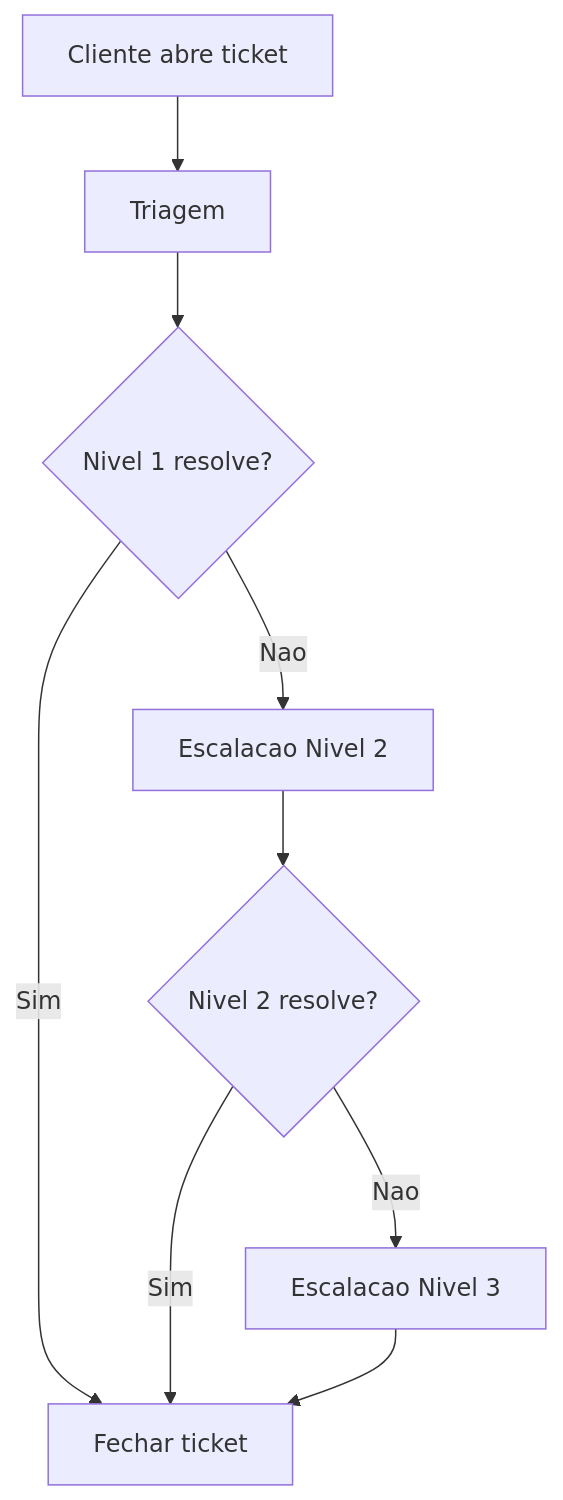
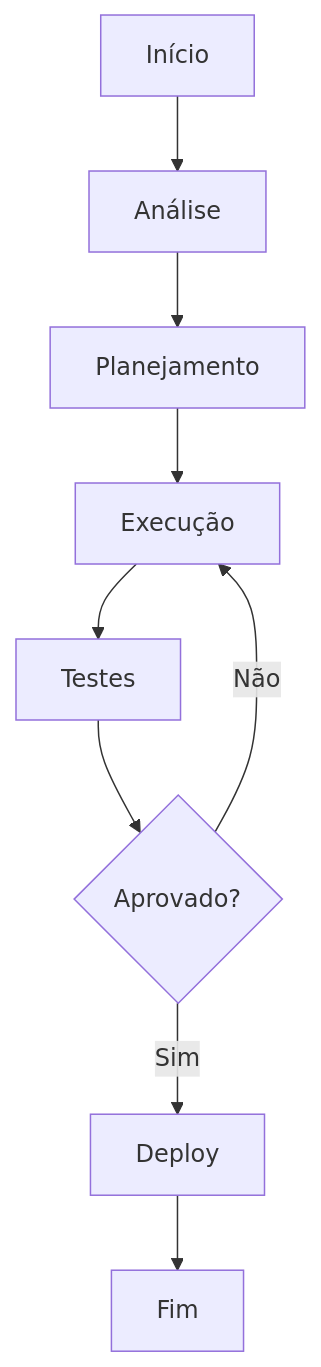
The diagram in 03-suporte/base-conhecimento/kb-troubleshooting-geral-0016.md (aleemerich/corp-kb-ai-benchmark), drawn with Mermaid before and after one commit. The commit also changed other lines of this file and 10222 other files, not shown here.

````diff
--- a/03-suporte/base-conhecimento/kb-troubleshooting-geral-0016.md
+++ b/03-suporte/base-conhecimento/kb-troubleshooting-geral-0016.md
@@ -16,11 +15,11 @@
 ```mermaid
 flowchart TD
-    A[Cliente abre ticket] --> B[Triagem]
-    B --> C{Nivel 1 resolve?}
-    C -->|Sim| D[Fechar ticket]
-    C -->|Nao| E[Escalacao Nivel 2]
-    E --> F{Nivel 2 resolve?}
-    F -->|Sim| D
-    F -->|Nao| G[Escalacao Nivel 3]
-    G --> D
+    A[Início] --> B[Análise]
+    B --> C[Planejamento]
+    C --> D[Execução]
+    D --> E[Testes]
+    E --> F{Aprovado?}
+    F -->|Sim| G[Deploy]
+    F -->|Não| D
+    G --> H[Fim]
 ```
````
